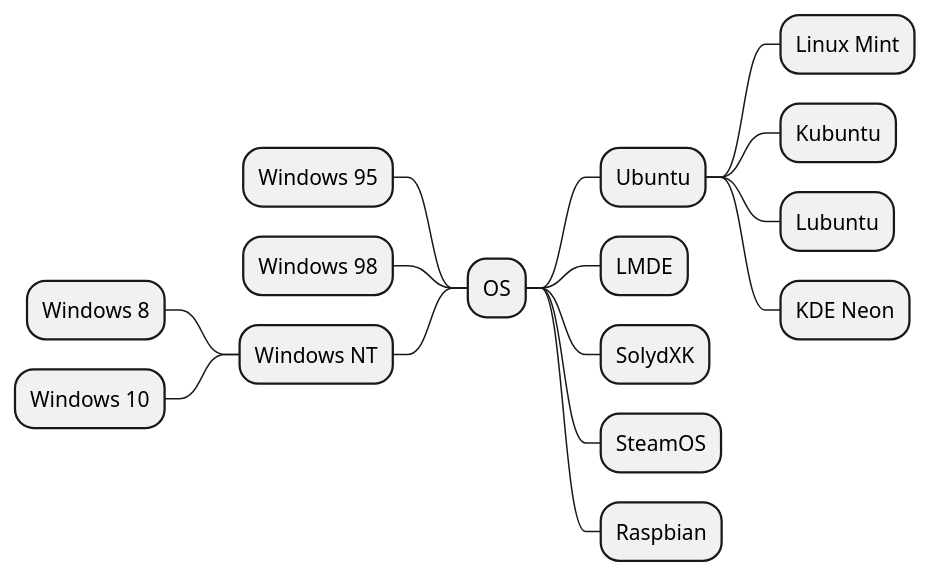
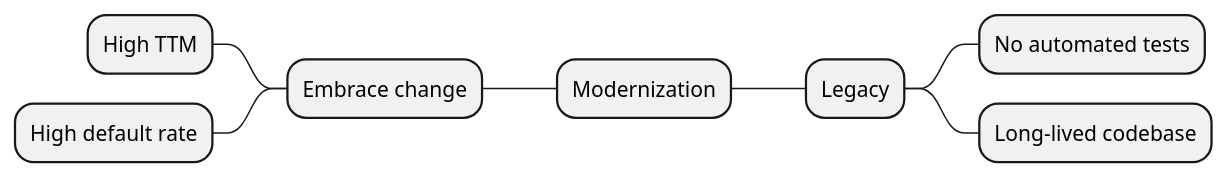
Before and after one commit to octo-topi/application-modernization: the diagram in mindmap.puml, drawn with PlantUML.

Commit message:
Add modernization content

```diff
--- a/mindmap.puml
+++ b/mindmap.puml
@@ -1,17 +1,9 @@
 @startmindmap
-+ OS
-++ Ubuntu
-+++ Linux Mint
-+++ Kubuntu
-+++ Lubuntu
-+++ KDE Neon
-++ LMDE
-++ SolydXK
-++ SteamOS
-++ Raspbian
--- Windows 95
--- Windows 98
--- Windows NT
---- Windows 8
---- Windows 10
++ Modernization
+++ Legacy
++++ No automated tests
++++ Long-lived codebase
+-- Embrace change
+--- High TTM
+--- High default rate
 @endmindmap
```
